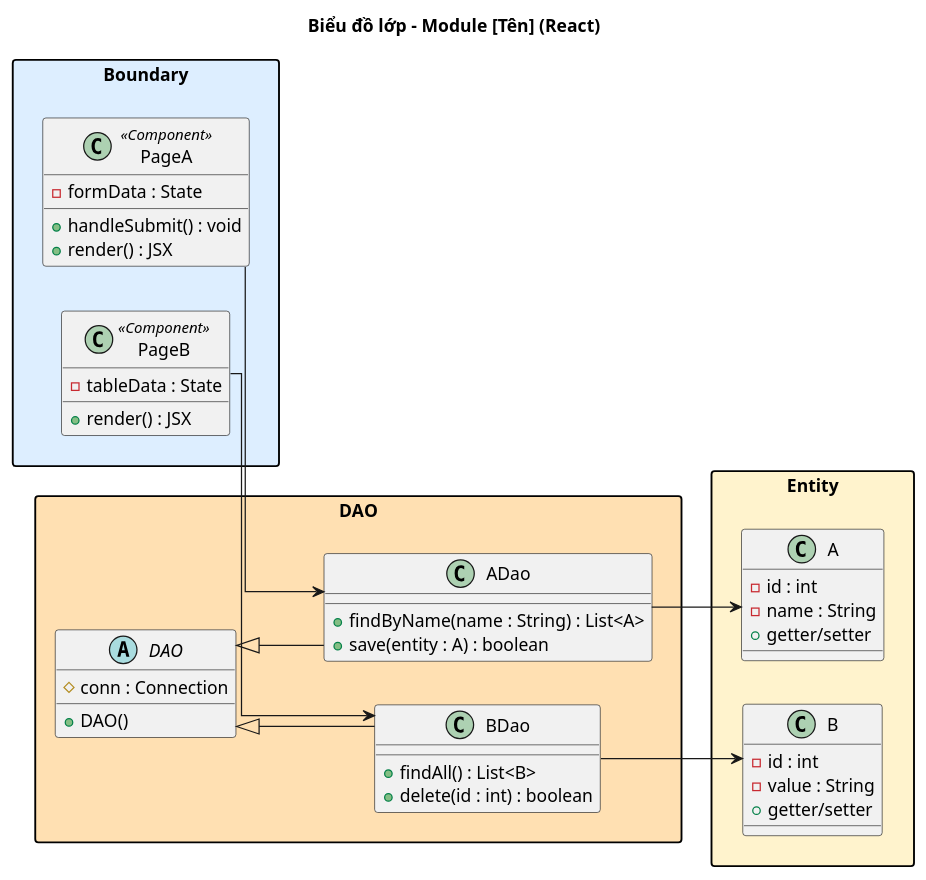
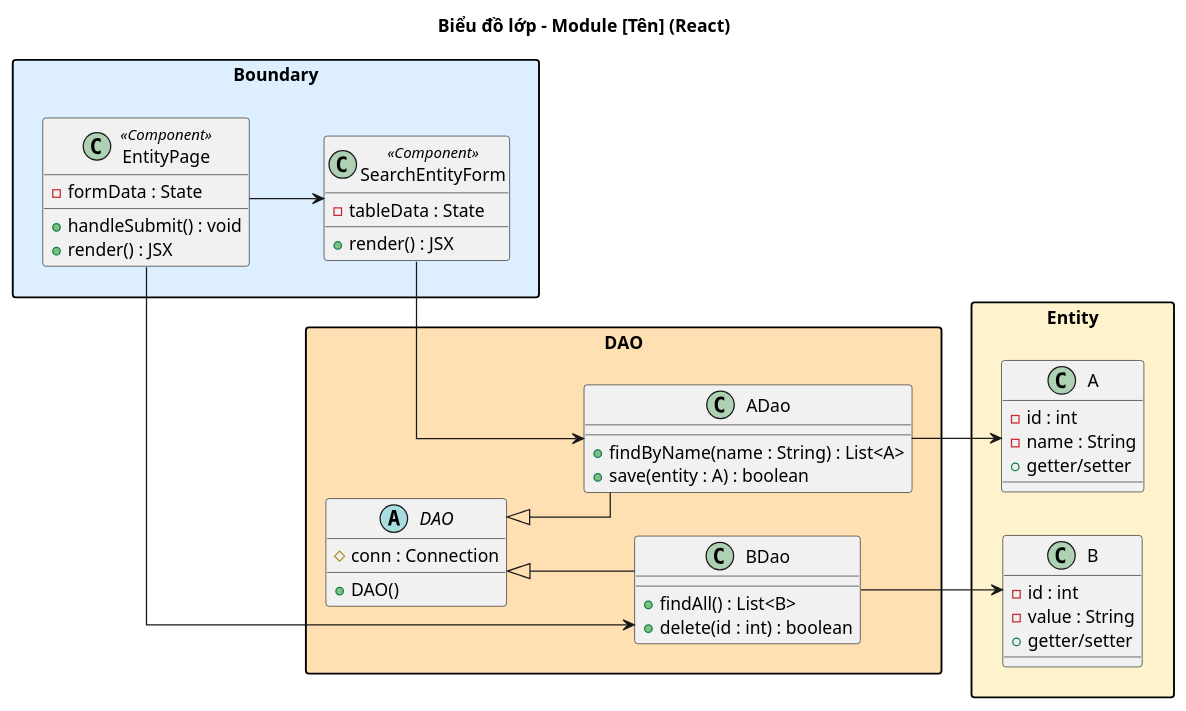
One commit to thanhtrnnn/cnpm changed the third of 4 diagrams in .claude/skills/cnpm/SKILL.md. Above: the diagram before and after it, drawn with PlantUML. The commit also changed other lines of this file and 5 other files, not shown here.

````diff
--- a/.claude/skills/cnpm/SKILL.md
+++ b/.claude/skills/cnpm/SKILL.md
@@ -353,60 +366,61 @@
 ```plantuml
 @startuml
 left to right direction
 skinparam linetype ortho
 skinparam packageStyle rectangle
 skinparam packageMaxWidth 800
 title Biểu đồ lớp – Module [Tên] (React)
 
 package "Boundary" #DDEEFF {
   together {
-    class PageA <<Component>> {
+    class EntityPage <<Component>> {
       -formData : State
       +handleSubmit() : void
       +render() : JSX
     }
-    class PageB <<Component>> {
+    class SearchEntityForm <<Component>> {
       -tableData : State
       +render() : JSX
     }
   }
 }
 
 package "DAO" #FFE0B2 {
   abstract class DAO {
     #conn : Connection
     +DAO()
   }
   together {
     class ADao extends DAO {
       +findByName(name : String) : List<A>
       +save(entity : A) : boolean
     }
     class BDao extends DAO {
       +findAll() : List<B>
       +delete(id : int) : boolean
     }
   }
 }
 
 package "Entity" #FFF3CD {
   together {
     class A {
       -id : int
       -name : String
       +getter/setter
     }
     class B {
       -id : int
       -value : String
       +getter/setter
     }
   }
 }
 
-PageA --> ADao
-PageB --> BDao
+EntityPage --> SearchEntityForm
+SearchEntityForm --> ADao
+EntityPage --> BDao
 ADao --> A
 BDao --> B
 @enduml
 ```
````
